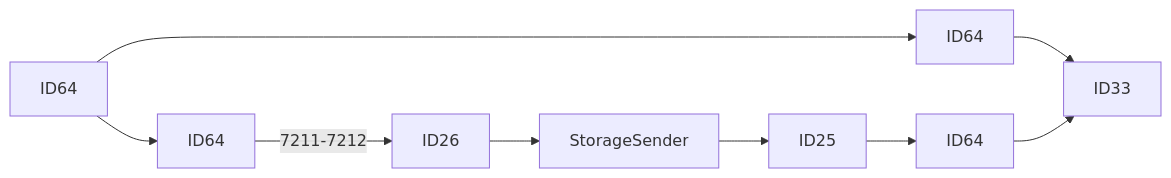
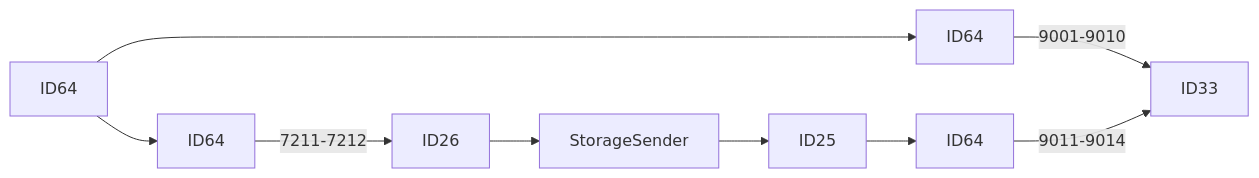
The third of 25 diagrams in Basic-Design/DFD-WMS/Storage/Palletizing-Settting/Palletize-Start.md (luthfiadityaa/SimeDarby-Wiki), drawn with Mermaid before and after one commit.

Commit message:
Updated Palletize Start

```diff
--- a/Basic-Design/DFD-WMS/Storage/Palletizing-Settting/Palletize-Start.md
+++ b/Basic-Design/DFD-WMS/Storage/Palletizing-Settting/Palletize-Start.md
@@ -30,9 +30,9 @@
 ::: mermaid
 flowchart LR
 
 P18[ID64]-->P19[ID64]--> |7211-7212| P20[ID26]-->P21[StorageSender]-->P22[ID25]-->P23[ID64]
 
 P18[ID64]-->P13[ID64]
-P13[ID64]-->P14[ID33]
-P23[ID64]-->P14[ID33]
+P13[ID64]--> |9001-9010| P14[ID33]
+P23[ID64]--> |9011-9014| P14[ID33]
 :::
```
